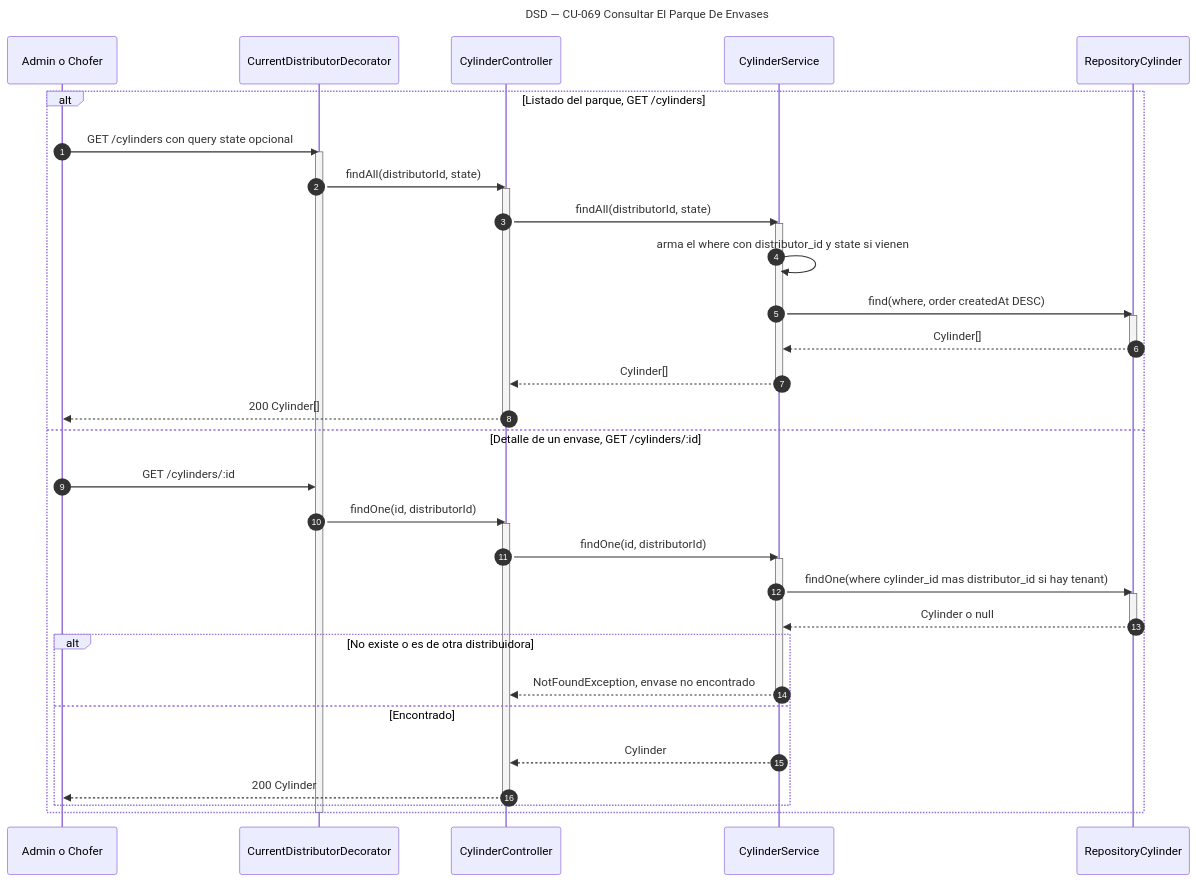
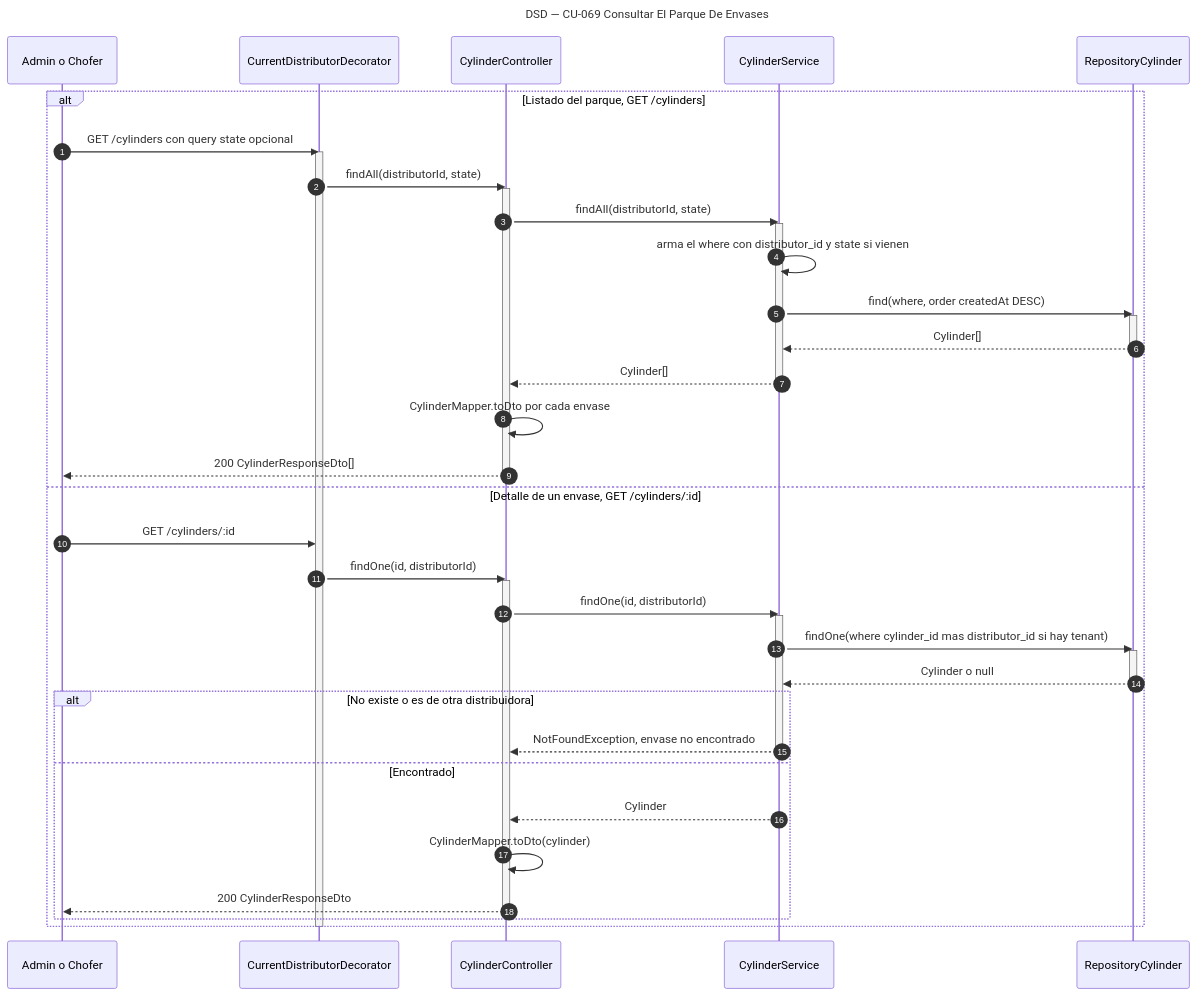
One commit to Nahuelito-Dev/splg-docs changed the diagram in diagramas/DSD_CU-069_Consultar-El-Parque-De-Envases.mmd. Above: the diagram before and after it, drawn with Mermaid. The commit also changed 5 other files, not shown here.

Commit message:
docs(dsd): envases con CylinderResponseDto

```diff
--- a/diagramas/DSD_CU-069_Consultar-El-Parque-De-Envases.mmd
+++ b/diagramas/DSD_CU-069_Consultar-El-Parque-De-Envases.mmd
@@ -1,45 +1,47 @@
 sequenceDiagram
     title DSD — CU-069 Consultar El Parque De Envases
     autonumber
     participant USR as Admin o Chofer
     participant DEC as CurrentDistributorDecorator
     participant CTRL as CylinderController
     participant SRV as CylinderService
     participant CREP as RepositoryCylinder
 
     alt Listado del parque, GET /cylinders
         USR->>DEC: GET /cylinders con query state opcional
         activate DEC
         DEC->>CTRL: findAll(distributorId, state)
         activate CTRL
         CTRL->>SRV: findAll(distributorId, state)
         activate SRV
         SRV->>SRV: arma el where con distributor_id y state si vienen
         SRV->>CREP: find(where, order createdAt DESC)
         activate CREP
         CREP-->>SRV: Cylinder[]
         deactivate CREP
         SRV-->>CTRL: Cylinder[]
         deactivate SRV
-        CTRL-->>USR: 200 Cylinder[]
+        CTRL->>CTRL: CylinderMapper.toDto por cada envase
+        CTRL-->>USR: 200 CylinderResponseDto[]
         deactivate CTRL
     else Detalle de un envase, GET /cylinders/:id
         USR->>DEC: GET /cylinders/:id
         DEC->>CTRL: findOne(id, distributorId)
         activate CTRL
         CTRL->>SRV: findOne(id, distributorId)
         activate SRV
         SRV->>CREP: findOne(where cylinder_id mas distributor_id si hay tenant)
         activate CREP
         CREP-->>SRV: Cylinder o null
         deactivate CREP
         alt No existe o es de otra distribuidora
             SRV-->>CTRL: NotFoundException, envase no encontrado
             deactivate SRV
         else Encontrado
             SRV-->>CTRL: Cylinder
-            CTRL-->>USR: 200 Cylinder
+            CTRL->>CTRL: CylinderMapper.toDto(cylinder)
+            CTRL-->>USR: 200 CylinderResponseDto
             deactivate CTRL
         end
     end
     deactivate DEC
```
